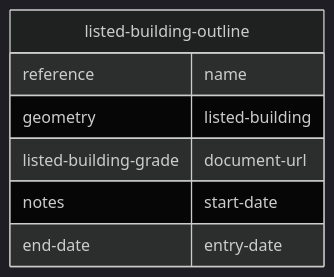
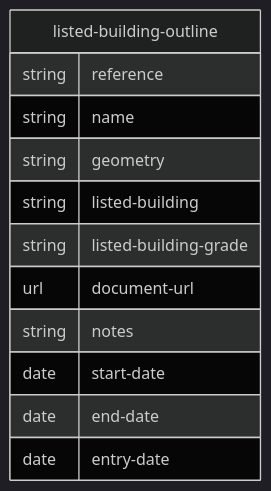
One commit to digital-land/specification changed the diagram in mermaid/listed-building.md. Above: the diagram before and after it, drawn with Mermaid (dark theme). The commit also changed 9 other files, not shown here.

Commit message:
Mermaid types and relationship

````diff
--- a/mermaid/listed-building.md
+++ b/mermaid/listed-building.md
@@ -4,15 +4,15 @@
 ```mermaid
 erDiagram
     listed-building-outline {
-        reference
-        name
-        geometry
-        listed-building
-        listed-building-grade
-        document-url
-        notes
-        start-date
-        end-date
-        entry-date
+        string reference
+        string name
+        string geometry
+        string listed-building
+        string listed-building-grade
+        url document-url
+        string notes
+        date start-date
+        date end-date
+        date entry-date
     }
 ```
````
